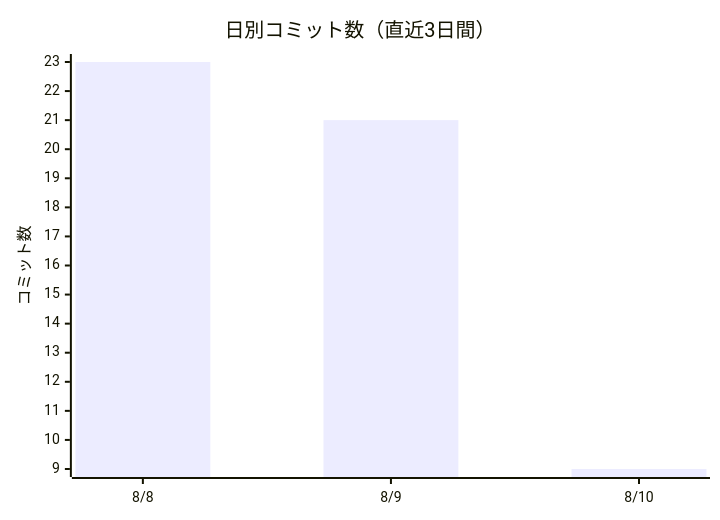
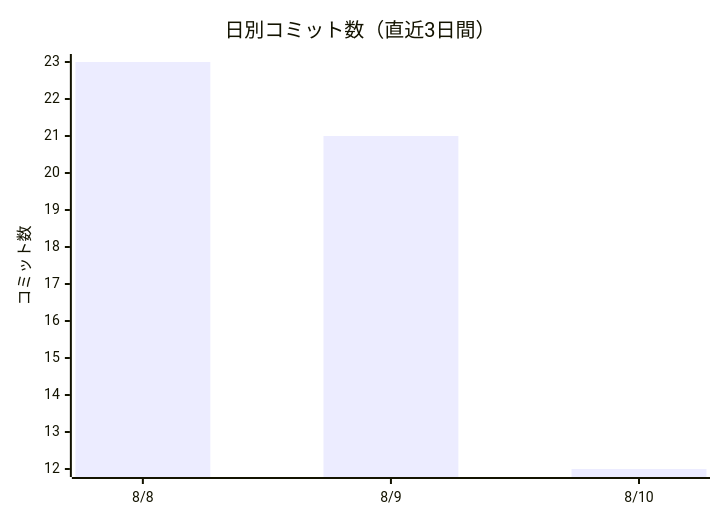
The first of 2 diagrams in docs/進化レポート.md (non-x2/non-x2), drawn with Mermaid before and after one commit. The commit also changed other lines of this file and 5 other files, not shown here.

````diff
--- a/docs/進化レポート.md
+++ b/docs/進化レポート.md
@@ -23,7 +23,7 @@
 ```mermaid
 xychart-beta
     title "日別コミット数（直近3日間）"
     x-axis ["8/8", "8/9", "8/10"]
     y-axis "コミット数"
-    bar [23, 21, 9]
+    bar [23, 21, 12]
 ```
````
